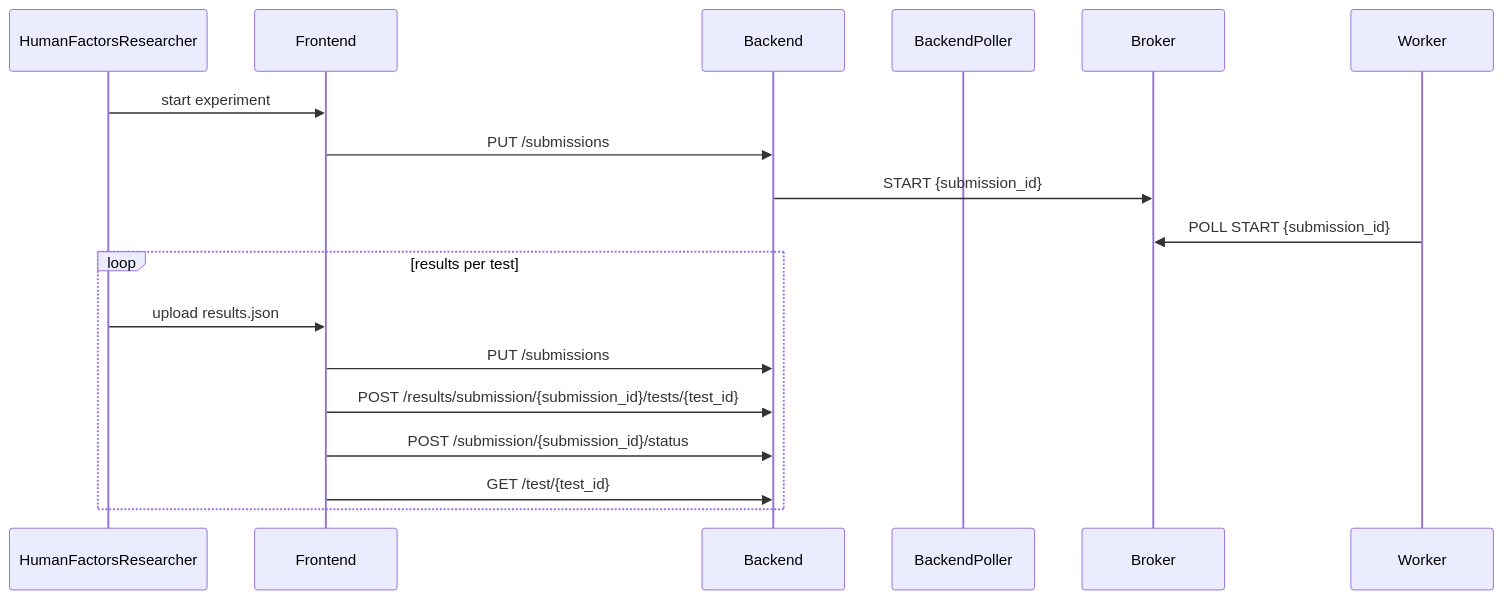
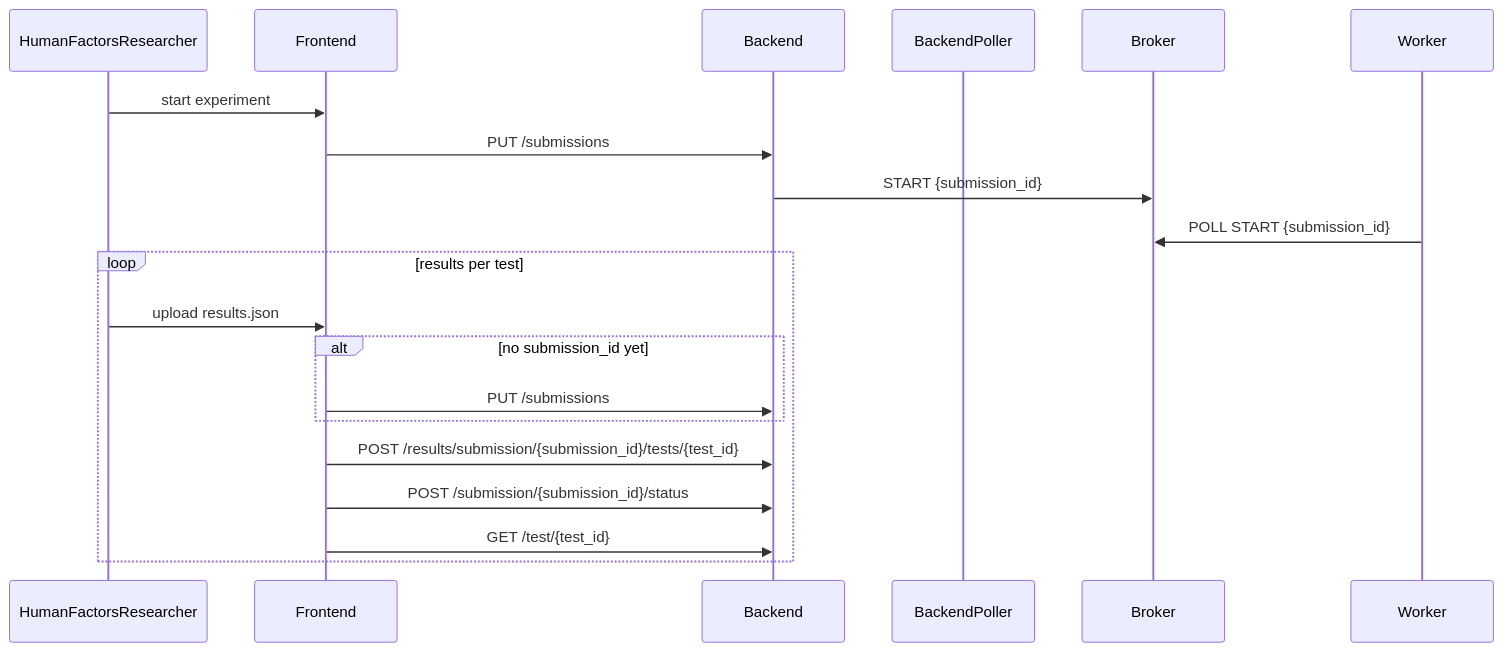
One commit to flatland-association/flatland-benchmarks changed diagram 13 of 14 in docs/ARCHITECTURE.md. Above: the diagram before and after it, drawn with Mermaid.

Commit message:
Cleanup sequence diagram.

````diff
--- a/docs/ARCHITECTURE.md
+++ b/docs/ARCHITECTURE.md
@@ -973,17 +973,20 @@
 ```mermaid
 sequenceDiagram
   participant HumanFactorsResearcher
   HumanFactorsResearcher ->> Frontend: start experiment
   Frontend ->> Backend: PUT /submissions
   participant BackendPoller
   Backend ->> Broker: START {submission_id}
   Worker ->> Broker: POLL START {submission_id}
 
   loop results per test
     HumanFactorsResearcher ->> Frontend: upload results.json
-    Frontend ->> Backend: PUT /submissions
+    alt no submission_id yet
+      Frontend ->> Backend: PUT /submissions
+    end
+
     Frontend ->> Backend: POST /results/submission/{submission_id}/tests/{test_id}
     Frontend ->> Backend: POST /submission/{submission_id}/status
     Frontend ->> Backend: GET /test/{test_id}
   end
 ```
````
